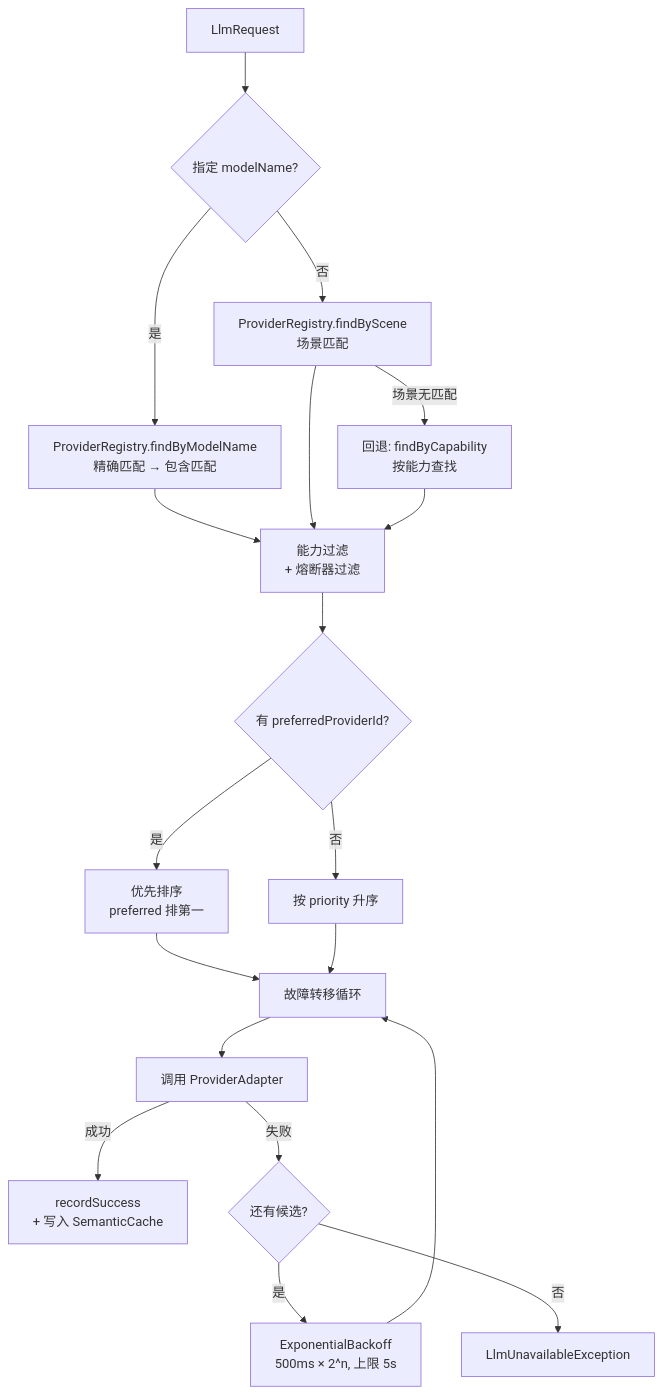
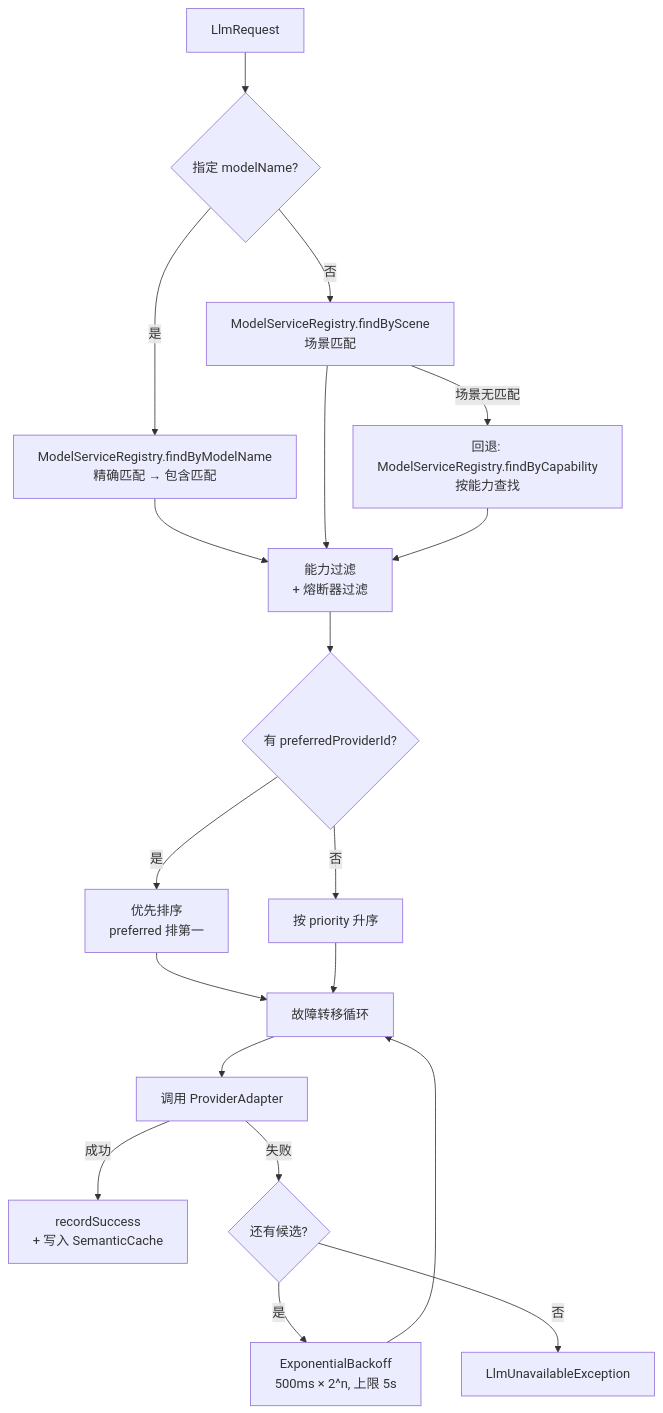
Before and after one commit to ntygod/LifePilot: diagram 22 of 35 in ARCHITECTURE-DIAGRAMS.md, drawn with Mermaid. The commit also changed other lines of this file and 46 other files, not shown here.

````diff
--- a/ARCHITECTURE-DIAGRAMS.md
+++ b/ARCHITECTURE-DIAGRAMS.md
@@ -976,27 +975,27 @@
 ```mermaid
 flowchart TD
     Req[LlmRequest] --> ModelName{指定 modelName?}
     
-    ModelName -->|是| ByModel[ProviderRegistry.findByModelName<br/>精确匹配 → 包含匹配]
-    ModelName -->|否| ByScene[ProviderRegistry.findByScene<br/>场景匹配]
+    ModelName -->|是| ByModel[ModelServiceRegistry.findByModelName<br/>精确匹配 → 包含匹配]
+    ModelName -->|否| ByScene[ModelServiceRegistry.findByScene<br/>场景匹配]
     
     ByModel --> Filter[能力过滤<br/>+ 熔断器过滤]
     ByScene --> Filter
     
-    ByScene -->|场景无匹配| Fallback[回退: findByCapability<br/>按能力查找]
+    ByScene -->|场景无匹配| Fallback[回退: ModelServiceRegistry.findByCapability<br/>按能力查找]
     Fallback --> Filter
     
     Filter --> Preferred{有 preferredProviderId?}
     Preferred -->|是| Prioritize[优先排序<br/>preferred 排第一]
     Preferred -->|否| Sort[按 priority 升序]
     
     Prioritize --> Loop
     Sort --> Loop
     
     Loop[故障转移循环] --> Call[调用 ProviderAdapter]
     Call -->|成功| Success[recordSuccess<br/>+ 写入 SemanticCache]
     Call -->|失败| Retry{还有候选?}
     Retry -->|是| Backoff[ExponentialBackoff<br/>500ms × 2^n, 上限 5s]
     Backoff --> Loop
     Retry -->|否| Fail[LlmUnavailableException]
 ```
````
